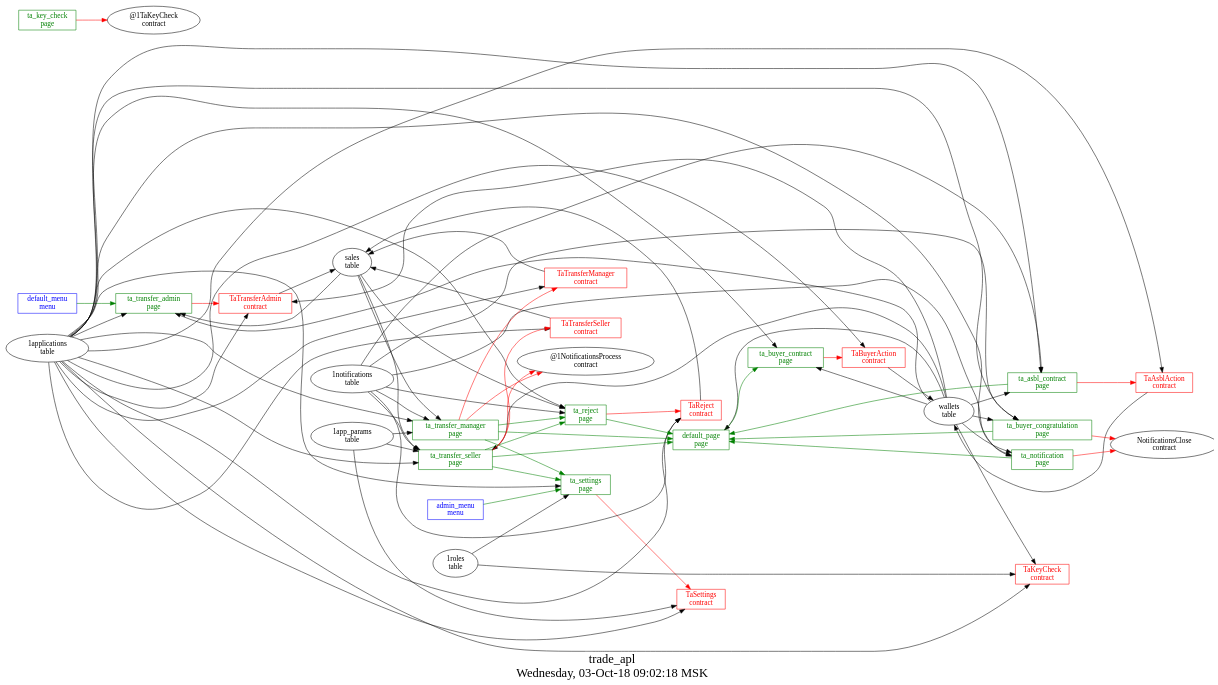
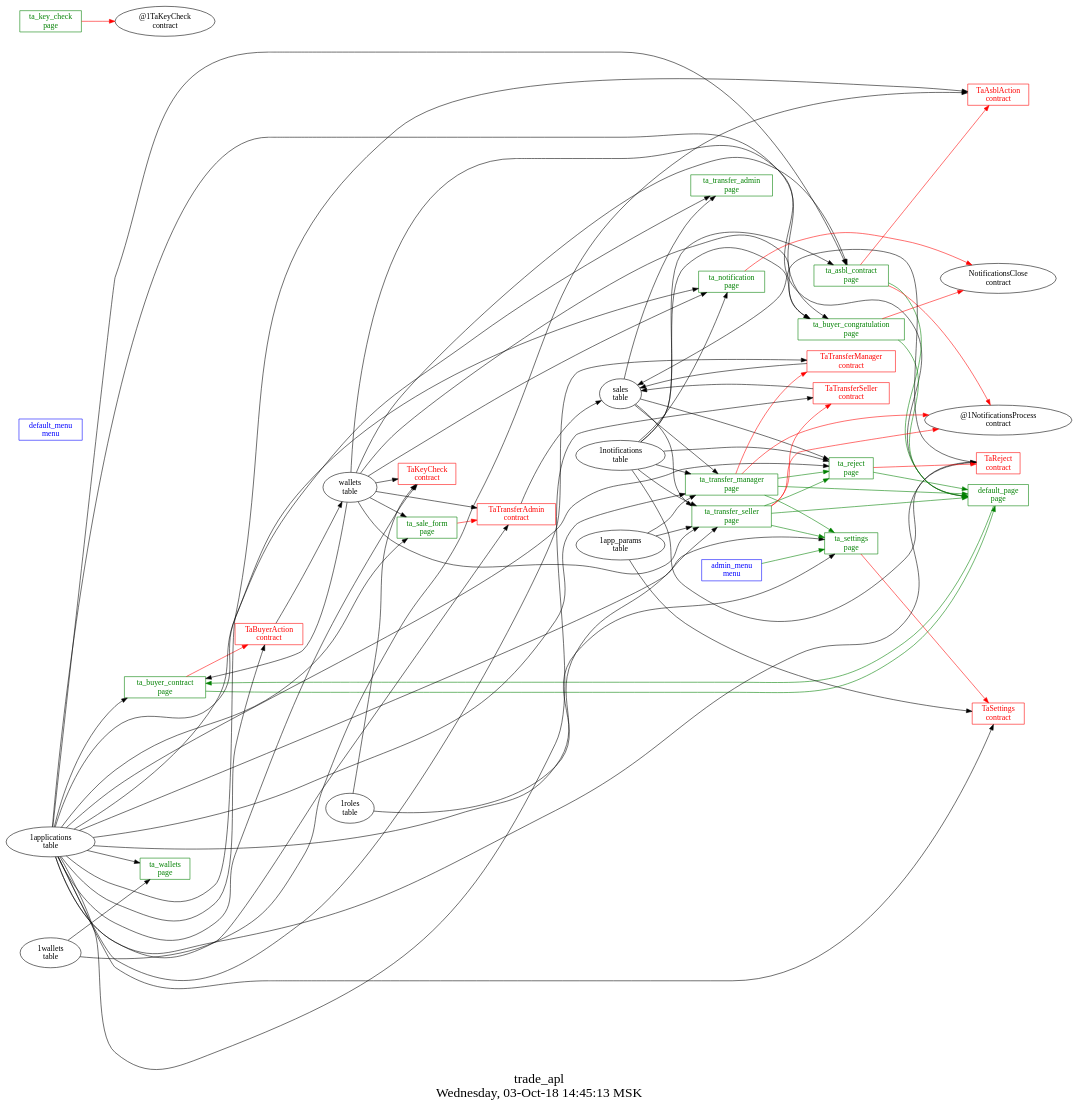
Before and after one commit to AplaProject/apps: the diagram in other/trade_apl/struct.dot, drawn with Graphviz. The commit also changed 11 other files, not shown here.

```diff
--- a/other/trade_apl/struct.dot
+++ b/other/trade_apl/struct.dot
@@ -1,104 +1,111 @@
 digraph G {
-fontsize="24";
-label="trade_apl\nWednesday, 03-Oct-18 09:02:18 MSK";
-nojustify=true;
-ordering=out;
-rankdir=LR;
-size="30";
+graph [
+  fontsize="24";
+  label="trade_apl\nWednesday, 03-Oct-18 14:45:13 MSK";
+  nojustify=true;
+  ordering=out;
+  rankdir=LR;
+  size="30";
+];
 "admin_menu\nmenu" -> "ta_settings\npage"  [ color=green ]
 "admin_menu\nmenu" [color=blue, fontcolor=blue, group=menus, shape=record];
-"default_menu\nmenu" -> "ta_transfer_admin\npage"  [ color=green ]
 "default_menu\nmenu" [color=blue, fontcolor=blue, group=menus, shape=record];
 "wallets\ntable" -> "default_page\npage"
 "default_page\npage" -> "ta_buyer_contract\npage"  [ color=green ]
 "default_page\npage" [color=green, fontcolor=green, group=pages, shape=record];
 "ta_asbl_contract\npage" -> "TaAsblAction\ncontract"  [ color=red ]
+"ta_asbl_contract\npage" -> "@1NotificationsProcess\ncontract"  [ color=red ]
 "1applications\ntable" -> "ta_asbl_contract\npage"
 "1notifications\ntable" -> "ta_asbl_contract\npage"
 "wallets\ntable" -> "ta_asbl_contract\npage"
 "ta_asbl_contract\npage" -> "default_page\npage"  [ color=green ]
 "ta_asbl_contract\npage" [color=green, fontcolor=green, group=pages, shape=record];
 "ta_buyer_congratulation\npage" -> "NotificationsClose\ncontract"  [ color=red ]
 "1applications\ntable" -> "ta_buyer_congratulation\npage"
 "1notifications\ntable" -> "ta_buyer_congratulation\npage"
 "wallets\ntable" -> "ta_buyer_congratulation\npage"
 "ta_buyer_congratulation\npage" -> "default_page\npage"  [ color=green ]
 "ta_buyer_congratulation\npage" [color=green, fontcolor=green, group=pages, shape=record];
 "ta_buyer_contract\npage" -> "TaBuyerAction\ncontract"  [ color=red ]
 "1applications\ntable" -> "ta_buyer_contract\npage"
 "wallets\ntable" -> "ta_buyer_contract\npage"
+"ta_buyer_contract\npage" -> "default_page\npage"  [ color=green ]
 "ta_buyer_contract\npage" [color=green, fontcolor=green, group=pages, shape=record];
 "ta_key_check\npage" -> "@1TaKeyCheck\ncontract"  [ color=red ]
 "ta_key_check\npage" [color=green, fontcolor=green, group=pages, shape=record];
 "ta_notification\npage" -> "NotificationsClose\ncontract"  [ color=red ]
 "1applications\ntable" -> "ta_notification\npage"
 "1notifications\ntable" -> "ta_notification\npage"
 "wallets\ntable" -> "ta_notification\npage"
-"ta_notification\npage" -> "default_page\npage"  [ color=green ]
 "ta_notification\npage" [color=green, fontcolor=green, group=pages, shape=record];
 "ta_reject\npage" -> "TaReject\ncontract"  [ color=red ]
 "1applications\ntable" -> "ta_reject\npage"
 "1notifications\ntable" -> "ta_reject\npage"
 "sales\ntable" -> "ta_reject\npage"
 "ta_reject\npage" -> "default_page\npage"  [ color=green ]
 "ta_reject\npage" [color=green, fontcolor=green, group=pages, shape=record];
+"ta_sale_form\npage" -> "TaTransferAdmin\ncontract"  [ color=red ]
+"1applications\ntable" -> "ta_sale_form\npage"
+"wallets\ntable" -> "ta_sale_form\npage"
+"ta_sale_form\npage" [color=green, fontcolor=green, group=pages, shape=record];
 "ta_settings\npage" -> "TaSettings\ncontract"  [ color=red ]
 "1applications\ntable" -> "ta_settings\npage"
 "1roles\ntable" -> "ta_settings\npage"
 "ta_settings\npage" [color=green, fontcolor=green, group=pages, shape=record];
-"ta_transfer_admin\npage" -> "TaTransferAdmin\ncontract"  [ color=red ]
 "1applications\ntable" -> "ta_transfer_admin\npage"
 "sales\ntable" -> "ta_transfer_admin\npage"
-"wallets\ntable" -> "ta_transfer_admin\npage"
 "ta_transfer_admin\npage" [color=green, fontcolor=green, group=pages, shape=record];
 "ta_transfer_manager\npage" -> "TaTransferManager\ncontract"  [ color=red ]
 "ta_transfer_manager\npage" -> "@1NotificationsProcess\ncontract"  [ color=red ]
 "1applications\ntable" -> "ta_transfer_manager\npage"
 "1notifications\ntable" -> "ta_transfer_manager\npage"
 "sales\ntable" -> "ta_transfer_manager\npage"
 "1app_params\ntable" -> "ta_transfer_manager\npage"
 "ta_transfer_manager\npage" -> "ta_reject\npage"  [ color=green ]
 "ta_transfer_manager\npage" -> "default_page\npage"  [ color=green ]
 "ta_transfer_manager\npage" -> "ta_settings\npage"  [ color=green ]
 "ta_transfer_manager\npage" [color=green, fontcolor=green, group=pages, shape=record];
 "ta_transfer_seller\npage" -> "TaTransferSeller\ncontract"  [ color=red ]
 "ta_transfer_seller\npage" -> "@1NotificationsProcess\ncontract"  [ color=red ]
 "1applications\ntable" -> "ta_transfer_seller\npage"
 "1notifications\ntable" -> "ta_transfer_seller\npage"
 "sales\ntable" -> "ta_transfer_seller\npage"
 "wallets\ntable" -> "ta_transfer_seller\npage"
 "1app_params\ntable" -> "ta_transfer_seller\npage"
 "ta_transfer_seller\npage" -> "ta_reject\npage"  [ color=green ]
 "ta_transfer_seller\npage" -> "default_page\npage"  [ color=green ]
 "ta_transfer_seller\npage" -> "ta_settings\npage"  [ color=green ]
 "ta_transfer_seller\npage" [color=green, fontcolor=green, group=pages, shape=record];
-"TaAsblAction\ncontract" -> "wallets\ntable"  [ color="" ]
+"1applications\ntable" -> "ta_wallets\npage"
+"1wallets\ntable" -> "ta_wallets\npage"
+"ta_wallets\npage" [color=green, fontcolor=green, group=pages, shape=record];
 "1applications\ntable" -> "TaAsblAction\ncontract"
+"1wallets\ntable" -> "TaAsblAction\ncontract"
 "TaAsblAction\ncontract" [color=red, fontcolor=red, group=contracts, shape=record];
 "TaBuyerAction\ncontract" -> "wallets\ntable"  [ color="" ]
 "1applications\ntable" -> "TaBuyerAction\ncontract"
 "TaBuyerAction\ncontract" [color=red, fontcolor=red, group=contracts, shape=record];
 "wallets\ntable" -> "TaKeyCheck\ncontract"
 "1applications\ntable" -> "TaKeyCheck\ncontract"
 "1roles\ntable" -> "TaKeyCheck\ncontract"
 "TaKeyCheck\ncontract" [color=red, fontcolor=red, group=contracts, shape=record];
 "TaReject\ncontract" -> "sales\ntable"  [ color="" ]
 "1applications\ntable" -> "TaReject\ncontract"
 "1notifications\ntable" -> "TaReject\ncontract"
 "TaReject\ncontract" [color=red, fontcolor=red, group=contracts, shape=record];
 "1applications\ntable" -> "TaSettings\ncontract"
 "1app_params\ntable" -> "TaSettings\ncontract"
 "TaSettings\ncontract" [color=red, fontcolor=red, group=contracts, shape=record];
 "TaTransferAdmin\ncontract" -> "sales\ntable"  [ color="" ]
 "1applications\ntable" -> "TaTransferAdmin\ncontract"
 "wallets\ntable" -> "TaTransferAdmin\ncontract"
 "TaTransferAdmin\ncontract" [color=red, fontcolor=red, group=contracts, shape=record];
 "TaTransferManager\ncontract" -> "sales\ntable"  [ color="" ]
 "1applications\ntable" -> "TaTransferManager\ncontract"
 "TaTransferManager\ncontract" [color=red, fontcolor=red, group=contracts, shape=record];
 "TaTransferSeller\ncontract" -> "sales\ntable"  [ color="" ]
 "1applications\ntable" -> "TaTransferSeller\ncontract"
 "TaTransferSeller\ncontract" [color=red, fontcolor=red, group=contracts, shape=record];
 "sales\ntable" [color="", fontcolor="", group=tables, shape=""];
 "wallets\ntable" [color="", fontcolor="", group=tables, shape=""];
 }
```
